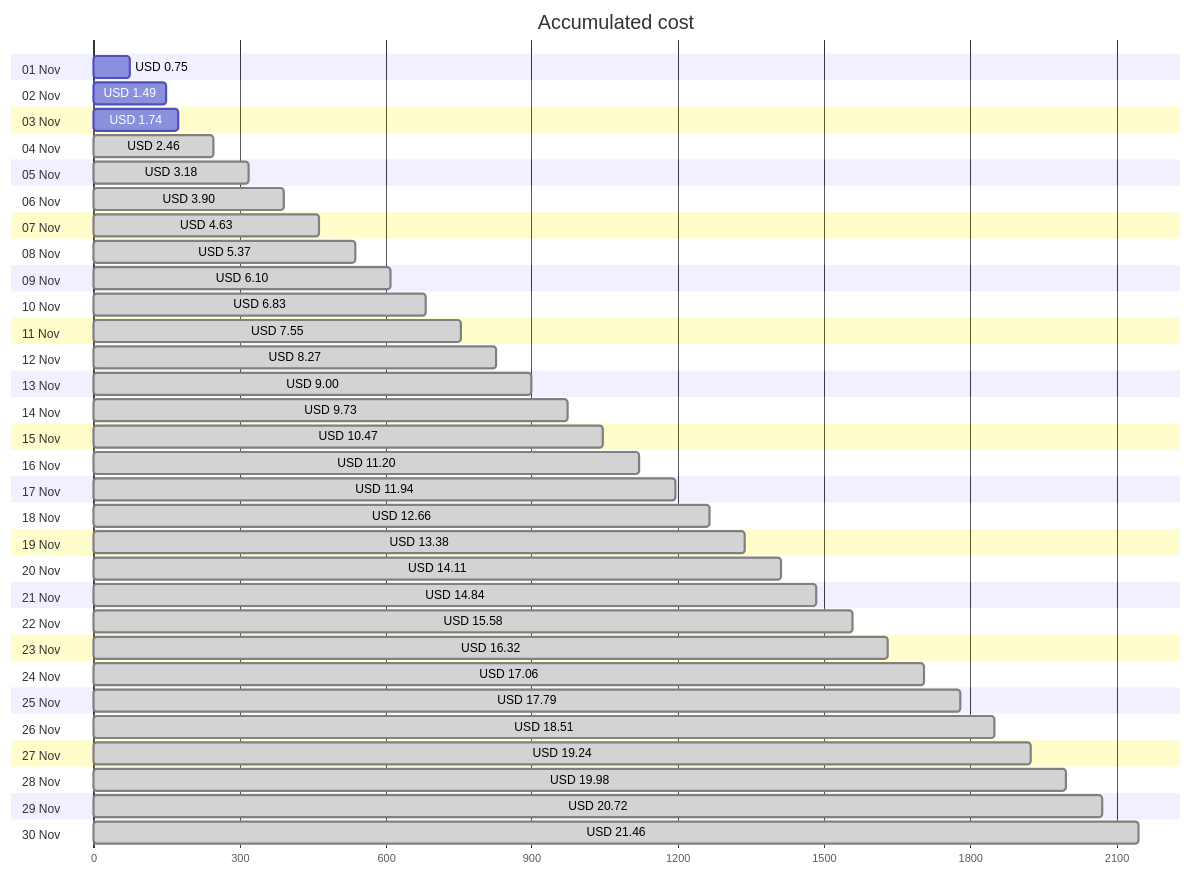
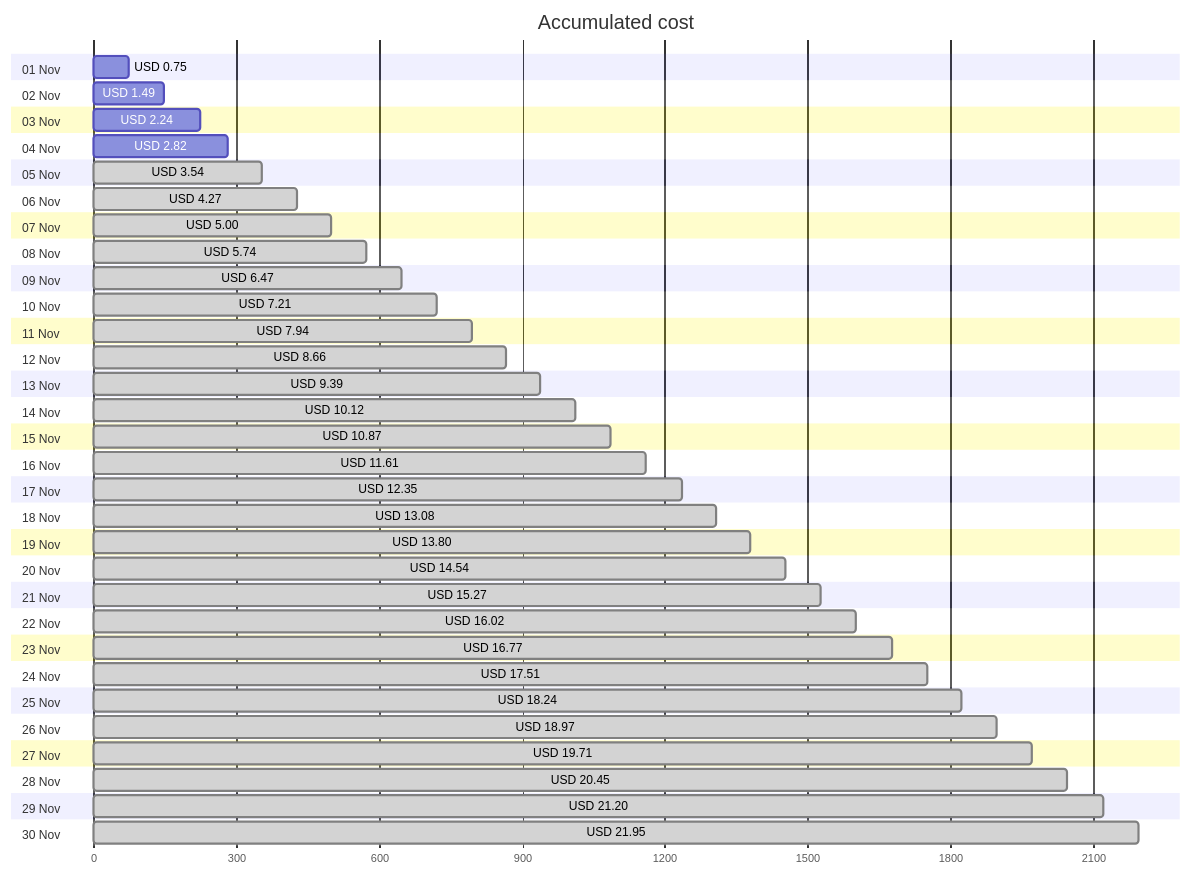
Before and after one commit to jpfulton/azure-personal-reports: the first of 4 diagrams in cost-reports/personal-network/backup-server-data-disk.md, drawn with Mermaid. The commit also changed other lines of this file and 8 other files, not shown here.

````diff
--- a/cost-reports/personal-network/backup-server-data-disk.md
+++ b/cost-reports/personal-network/backup-server-data-disk.md
@@ -20,66 +20,66 @@
 ```mermaid
 gantt
    title Accumulated cost
    dateFormat  X
    axisFormat %s
    section 01 Nov
    USD 0.75 :0, 75
    section 02 Nov
    USD 1.49 :0, 149
    section 03 Nov
-   USD 1.74 :0, 174
+   USD 2.24 :0, 224
    section 04 Nov
-   USD 2.46 : done, 0, 246
+   USD 2.82 :0, 282
    section 05 Nov
-   USD 3.18 : done, 0, 318
+   USD 3.54 : done, 0, 354
    section 06 Nov
-   USD 3.90 : done, 0, 390
+   USD 4.27 : done, 0, 427
    section 07 Nov
-   USD 4.63 : done, 0, 463
+   USD 5.00 : done, 0, 500
    section 08 Nov
-   USD 5.37 : done, 0, 537
+   USD 5.74 : done, 0, 574
    section 09 Nov
-   USD 6.10 : done, 0, 610
+   USD 6.47 : done, 0, 647
    section 10 Nov
-   USD 6.83 : done, 0, 683
+   USD 7.21 : done, 0, 721
    section 11 Nov
-   USD 7.55 : done, 0, 755
+   USD 7.94 : done, 0, 794
    section 12 Nov
-   USD 8.27 : done, 0, 827
+   USD 8.66 : done, 0, 866
    section 13 Nov
-   USD 9.00 : done, 0, 900
+   USD 9.39 : done, 0, 939
    section 14 Nov
-   USD 9.73 : done, 0, 973
+   USD 10.12 : done, 0, 1012
    section 15 Nov
-   USD 10.47 : done, 0, 1047
+   USD 10.87 : done, 0, 1087
    section 16 Nov
-   USD 11.20 : done, 0, 1120
+   USD 11.61 : done, 0, 1161
    section 17 Nov
-   USD 11.94 : done, 0, 1194
+   USD 12.35 : done, 0, 1235
    section 18 Nov
-   USD 12.66 : done, 0, 1266
+   USD 13.08 : done, 0, 1308
    section 19 Nov
-   USD 13.38 : done, 0, 1338
+   USD 13.80 : done, 0, 1380
    section 20 Nov
-   USD 14.11 : done, 0, 1411
+   USD 14.54 : done, 0, 1454
    section 21 Nov
-   USD 14.84 : done, 0, 1484
+   USD 15.27 : done, 0, 1527
    section 22 Nov
-   USD 15.58 : done, 0, 1558
+   USD 16.02 : done, 0, 1602
    section 23 Nov
-   USD 16.32 : done, 0, 1632
+   USD 16.77 : done, 0, 1677
    section 24 Nov
-   USD 17.06 : done, 0, 1706
+   USD 17.51 : done, 0, 1751
    section 25 Nov
-   USD 17.79 : done, 0, 1779
+   USD 18.24 : done, 0, 1824
    section 26 Nov
-   USD 18.51 : done, 0, 1851
+   USD 18.97 : done, 0, 1897
    section 27 Nov
-   USD 19.24 : done, 0, 1924
+   USD 19.71 : done, 0, 1971
    section 28 Nov
-   USD 19.98 : done, 0, 1998
+   USD 20.45 : done, 0, 2045
    section 29 Nov
-   USD 20.72 : done, 0, 2072
+   USD 21.20 : done, 0, 2120
    section 30 Nov
-   USD 21.46 : done, 0, 2146
+   USD 21.95 : done, 0, 2195
 ```
````
